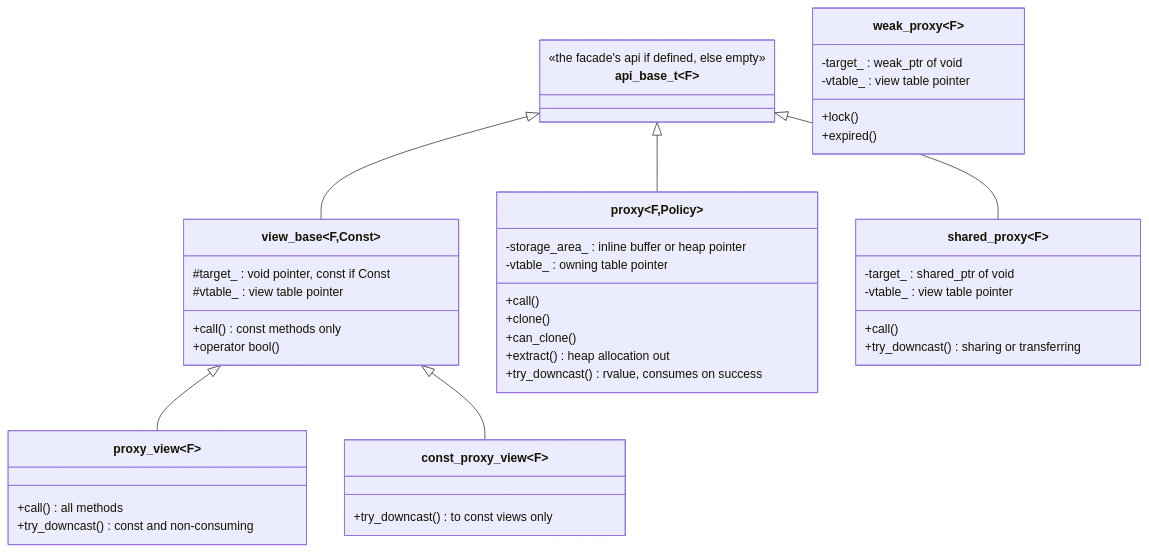
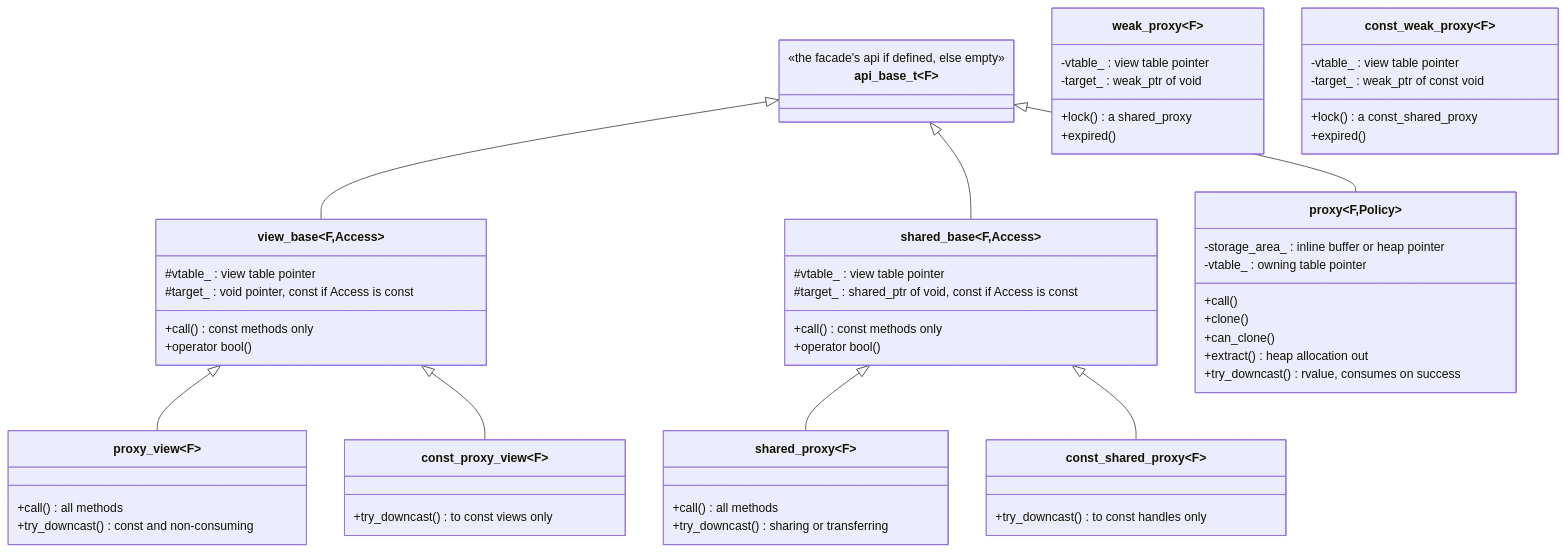
Before and after one commit to stevensudit/Corvid: the second of 8 diagrams in corvid/meta/invoke/proxy.md, drawn with Mermaid. The commit also changed other lines of this file and 6 other files, not shown here.

````diff
--- a/corvid/meta/invoke/proxy.md
+++ b/corvid/meta/invoke/proxy.md
@@ -944,45 +949,60 @@
 ```mermaid
 classDiagram
     class api_base_t~F~ {
         <<the facade's api if defined, else empty>>
     }
-    class view_base~F,Const~ {
-        #target_ : void pointer, const if Const
+    class view_base~F,Access~ {
         #vtable_ : view table pointer
+        #target_ : void pointer, const if Access is const
+        +call() const methods only
+        +operator bool()
+    }
+    class shared_base~F,Access~ {
+        #vtable_ : view table pointer
+        #target_ : shared_ptr of void, const if Access is const
         +call() const methods only
         +operator bool()
     }
     class proxy_view~F~ {
         +call() all methods
         +try_downcast() const and non-consuming
     }
     class const_proxy_view~F~ {
         +try_downcast() to const views only
     }
     class proxy~F,Policy~ {
         -storage_area_ : inline buffer or heap pointer
         -vtable_ : owning table pointer
         +call()
         +clone()
         +can_clone()
         +extract() heap allocation out
         +try_downcast() rvalue, consumes on success
     }
     class shared_proxy~F~ {
-        -target_ : shared_ptr of void
-        -vtable_ : view table pointer
-        +call()
+        +call() all methods
         +try_downcast() sharing or transferring
     }
+    class const_shared_proxy~F~ {
+        +try_downcast() to const handles only
+    }
     class weak_proxy~F~ {
+        -vtable_ : view table pointer
         -target_ : weak_ptr of void
+        +lock() a shared_proxy
+        +expired()
+    }
+    class const_weak_proxy~F~ {
         -vtable_ : view table pointer
-        +lock()
+        -target_ : weak_ptr of const void
+        +lock() a const_shared_proxy
         +expired()
     }
     api_base_t <|-- view_base
     view_base <|-- proxy_view
     view_base <|-- const_proxy_view
     api_base_t <|-- proxy
-    api_base_t <|-- shared_proxy
+    api_base_t <|-- shared_base
+    shared_base <|-- shared_proxy
+    shared_base <|-- const_shared_proxy
 ```
````
